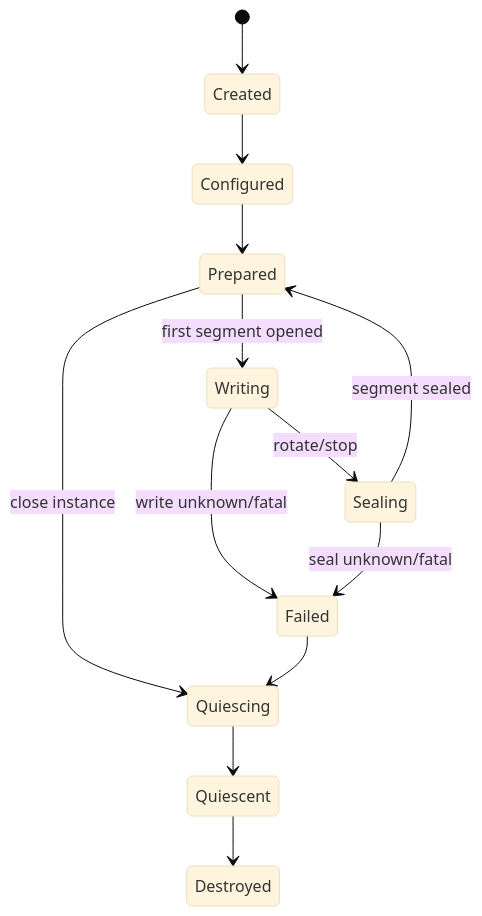
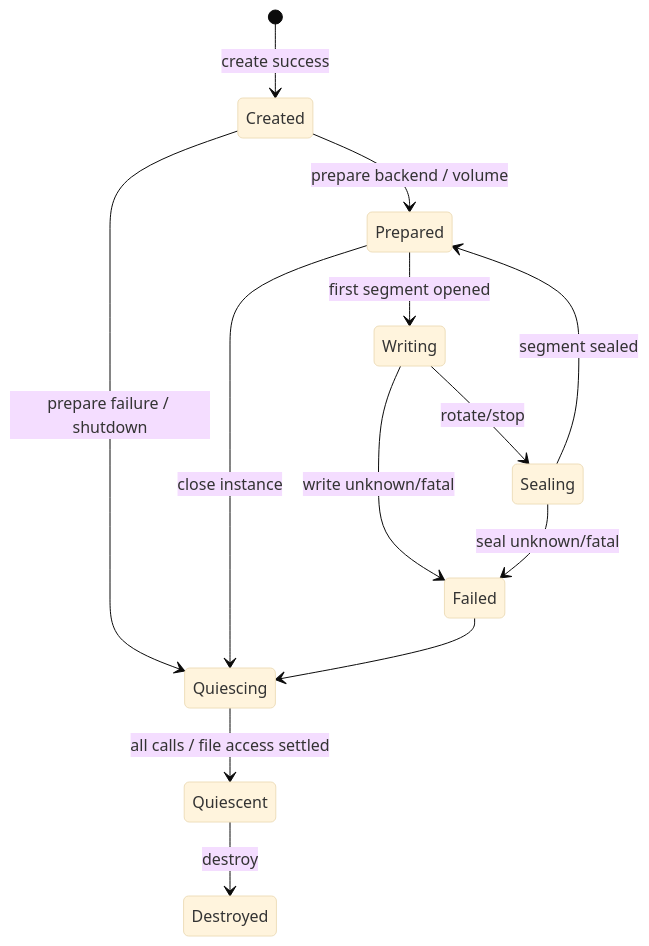
One commit to SiYueY/rodaq changed the second of 2 diagrams in docs/design/storage.md. Above: the diagram before and after it, drawn with Mermaid (base theme). The commit also changed other lines of this file and 6 other files, not shown here.

````diff
--- a/docs/design/storage.md
+++ b/docs/design/storage.md
@@ -68,15 +68,15 @@
 ```mermaid
 stateDiagram-v2
-    [*] --> Created
-    Created --> Configured
-    Configured --> Prepared
+    [*] --> Created: create success
+    Created --> Prepared: prepare backend / volume
     Prepared --> Writing: first segment opened
     Writing --> Sealing: rotate/stop
     Sealing --> Prepared: segment sealed
     Writing --> Failed: write unknown/fatal
     Sealing --> Failed: seal unknown/fatal
+    Created --> Quiescing: prepare failure / shutdown
     Prepared --> Quiescing: close instance
     Failed --> Quiescing
-    Quiescing --> Quiescent
-    Quiescent --> Destroyed
+    Quiescing --> Quiescent: all calls / file access settled
+    Quiescent --> Destroyed: destroy
 ```
````
